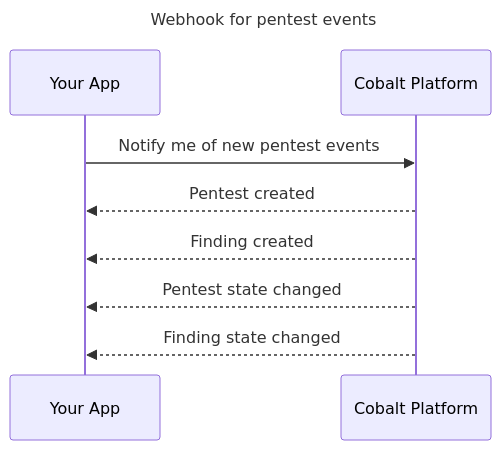
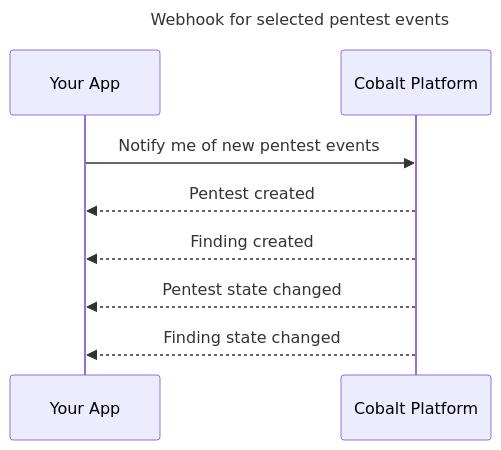
The diagram in content/en/Integrations/webhooks.md (cobalthq/cobalt-product-public-docs), drawn with Mermaid before and after one commit. The commit also changed other lines of this file and 2 other files, not shown here.

Commit message:
[DOCS-442] Filters for webhook events

```diff
--- a/content/en/Integrations/webhooks.md
+++ b/content/en/Integrations/webhooks.md
@@ -21,9 +21,9 @@
 {{< mermaid align="left" theme="default" >}}
 sequenceDiagram
-  title Webhook for pentest events
+  title Webhook for selected pentest events
    Your App->>Cobalt Platform: Notify me of new pentest events
    Cobalt Platform-->>Your App: Pentest created
    Cobalt Platform-->>Your App: Finding created
    Cobalt Platform-->>Your App: Pentest state changed
    Cobalt Platform-->>Your App: Finding state changed
 {{< /mermaid >}}
```
